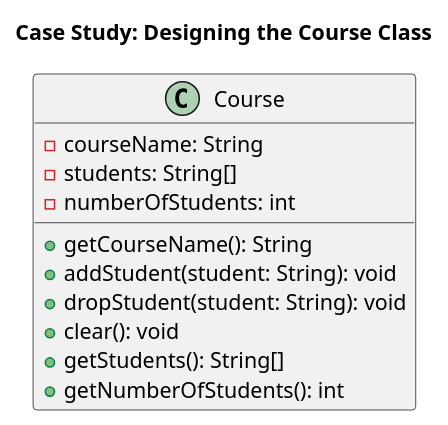
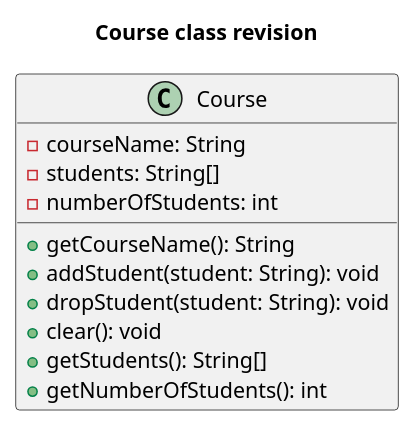
Before and after one commit to emaphis/Introduction_to_Java_Programming: the diagram in Introduction_to_Java_Programming/src/main/java/chapter10/exercise/exercise10_09/CourseDiagram.puml, drawn with PlantUML. The commit also changed 3 other files, not shown here.

```diff
--- a/Introduction_to_Java_Programming/src/main/java/chapter10/exercise/exercise10_09/CourseDiagram.puml
+++ b/Introduction_to_Java_Programming/src/main/java/chapter10/exercise/exercise10_09/CourseDiagram.puml
@@ -1,15 +1,15 @@
-@startuml
-title Case Study: Designing the Course Class
+@startuml exercise10_9
+title Course class revision
 class Course {
     -courseName: String
     -students: String[]
     -numberOfStudents: int
 
     +getCourseName(): String
     +addStudent(student: String): void
     +dropStudent(student: String): void
     +clear(): void
     +getStudents(): String[]
     +getNumberOfStudents(): int
 }
 @enduml
```
